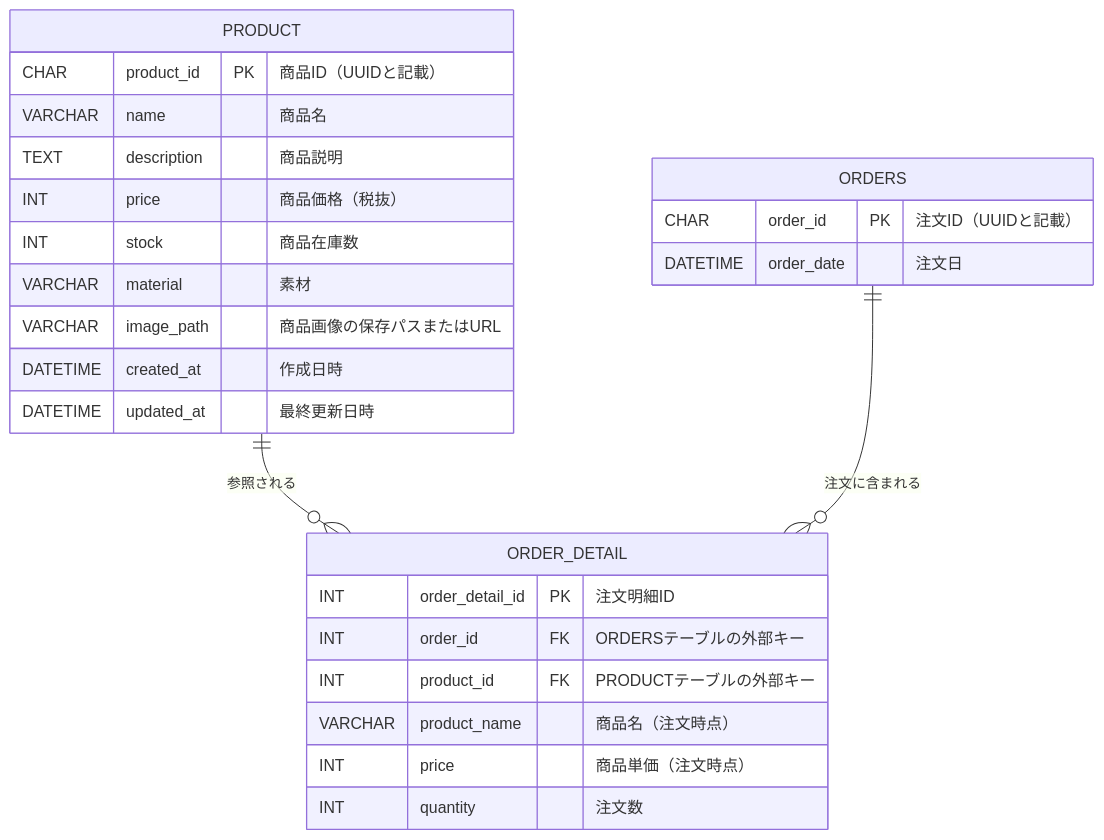
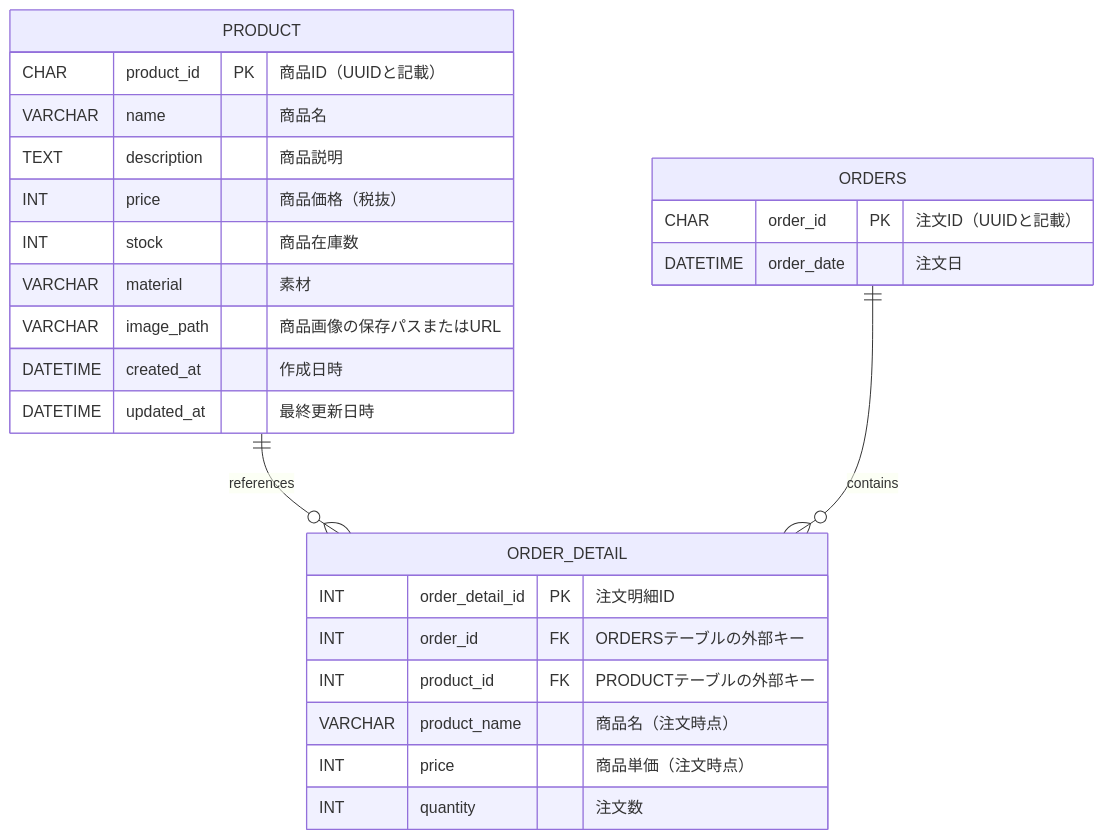
One commit to natsumiumeda/Jobs changed diagram 11 of 12 in 詳細設計/詳細設計書.md. Above: the diagram before and after it, drawn with Mermaid.

```diff
--- a/詳細設計/詳細設計書.md
+++ b/詳細設計/詳細設計書.md
@@ -1025,32 +1025,32 @@
 <div class="mermaid">
 erDiagram
 
   PRODUCT {
     CHAR product_id PK "商品ID（UUIDと記載）"
     VARCHAR name "商品名"
     TEXT description "商品説明"
     INT price "商品価格（税抜）"
     INT stock "商品在庫数"
     VARCHAR material "素材"
     VARCHAR image_path "商品画像の保存パスまたはURL"
     DATETIME created_at "作成日時"
     DATETIME updated_at "最終更新日時"
   }
 
   ORDERS {
     CHAR order_id PK "注文ID（UUIDと記載）"
     DATETIME order_date "注文日"
   }
 
   ORDER_DETAIL {
     INT order_detail_id PK "注文明細ID"
     INT order_id FK "ORDERSテーブルの外部キー"
     INT product_id FK "PRODUCTテーブルの外部キー"
     VARCHAR product_name "商品名（注文時点）"
     INT price "商品単価（注文時点）"
     INT quantity "注文数"
   }
 
-  PRODUCT ||--o{ ORDER_DETAIL : "参照される"
-  ORDERS ||--o{ ORDER_DETAIL : "注文に含まれる"
+  PRODUCT ||--o{ ORDER_DETAIL : "references"
+  ORDERS ||--o{ ORDER_DETAIL : "contains"
   </div>
```
